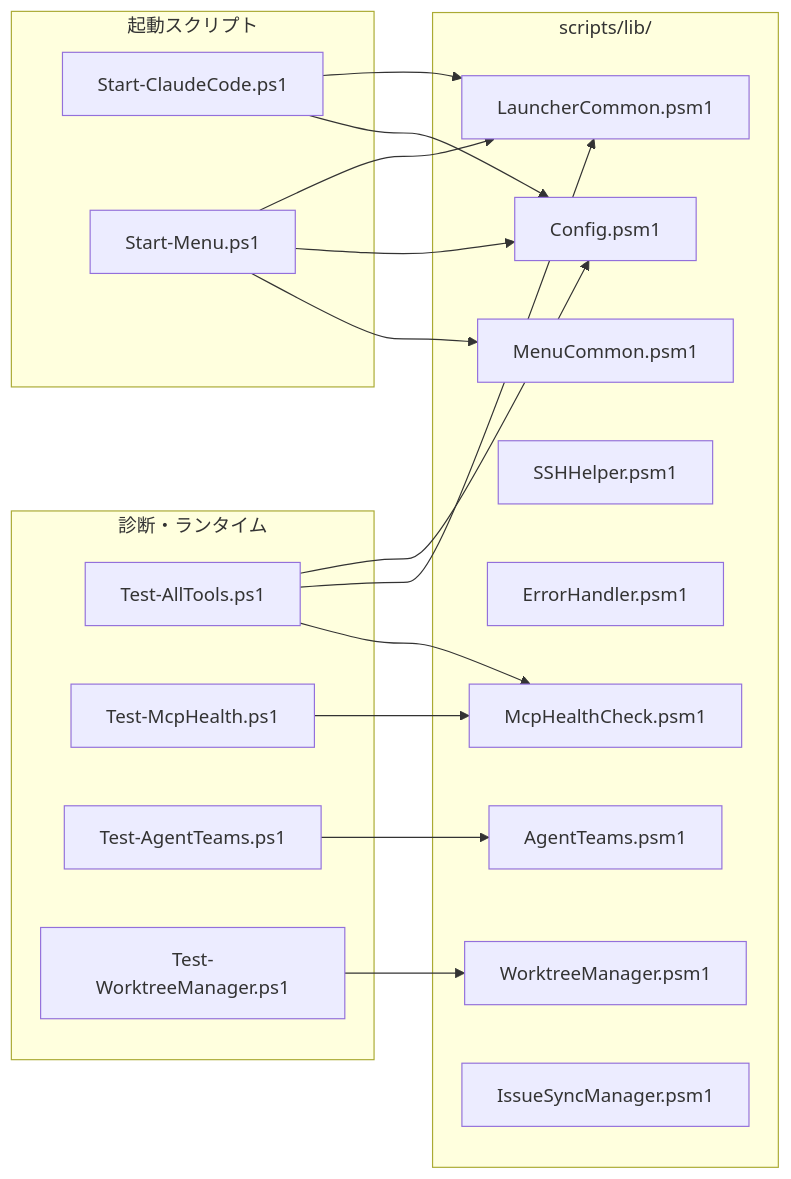
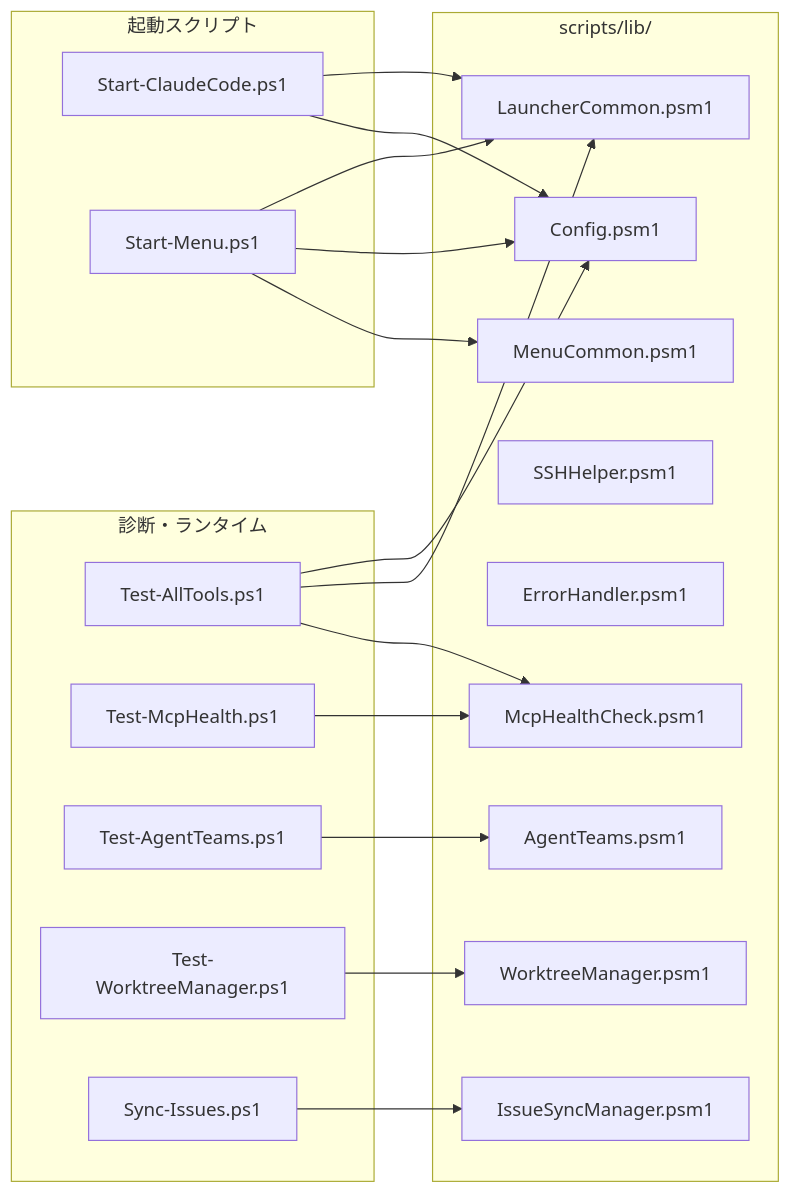
Before and after one commit to Kensan196948G/ClaudeCLI-CodexCLI-CopilotCLI-StartUpTools-New: the second of 4 diagrams in README.md, drawn with Mermaid. The commit also changed other lines of this file and 2 other files, not shown here.

````diff
--- a/README.md
+++ b/README.md
@@ -99,31 +100,32 @@
 ```mermaid
 graph LR
     subgraph "scripts/lib/"
         Config["Config.psm1"]
         Launcher["LauncherCommon.psm1"]
         Menu["MenuCommon.psm1"]
         SSH["SSHHelper.psm1"]
         Error["ErrorHandler.psm1"]
         MCP["McpHealthCheck.psm1"]
         AT["AgentTeams.psm1"]
         WT["WorktreeManager.psm1"]
         IS["IssueSyncManager.psm1"]
     end
 
     subgraph "診断・ランタイム"
         TAT["Test-AllTools.ps1"] --> Config
         TAT --> Launcher
         TAT --> MCP
         TMH["Test-McpHealth.ps1"] --> MCP
         TAG["Test-AgentTeams.ps1"] --> AT
         TWT["Test-WorktreeManager.ps1"] --> WT
+        SIS["Sync-Issues.ps1"] --> IS
     end
 
     subgraph "起動スクリプト"
         SC["Start-ClaudeCode.ps1"] --> Launcher
         SC --> Config
         SM["Start-Menu.ps1"] --> Launcher
         SM --> Config
         SM --> Menu
     end
 ```
````
